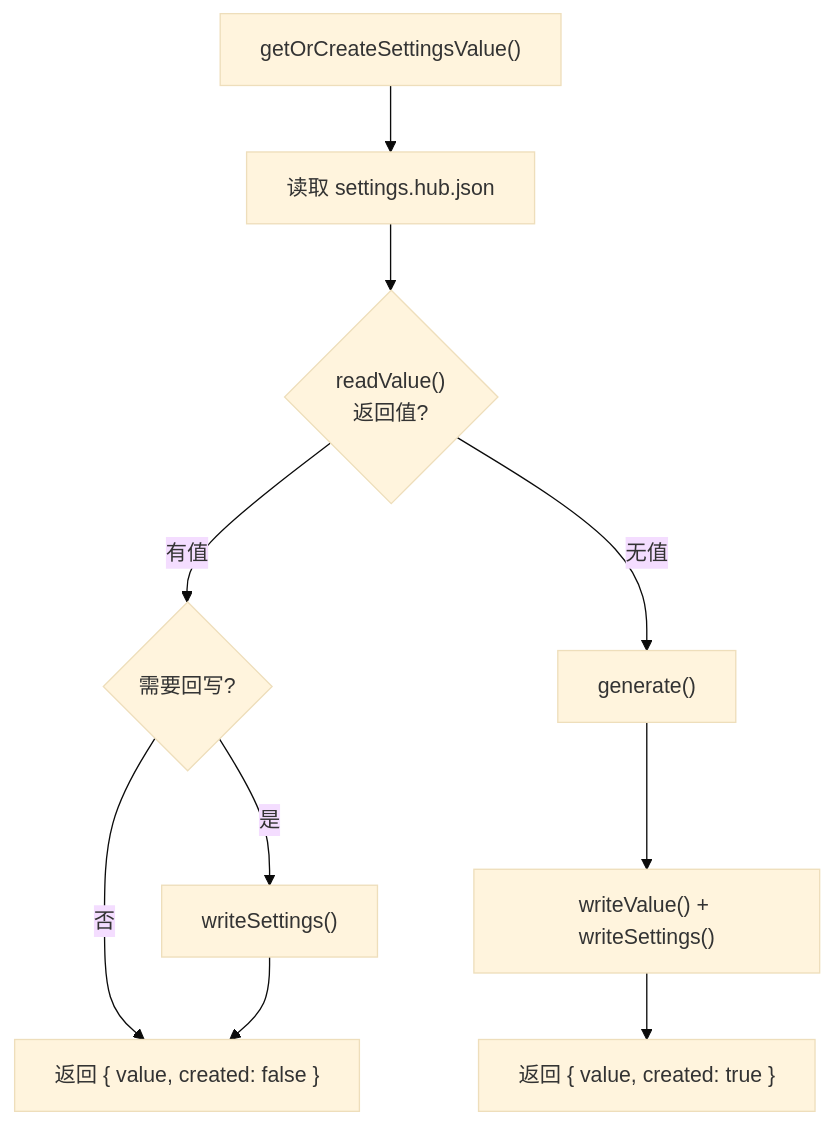
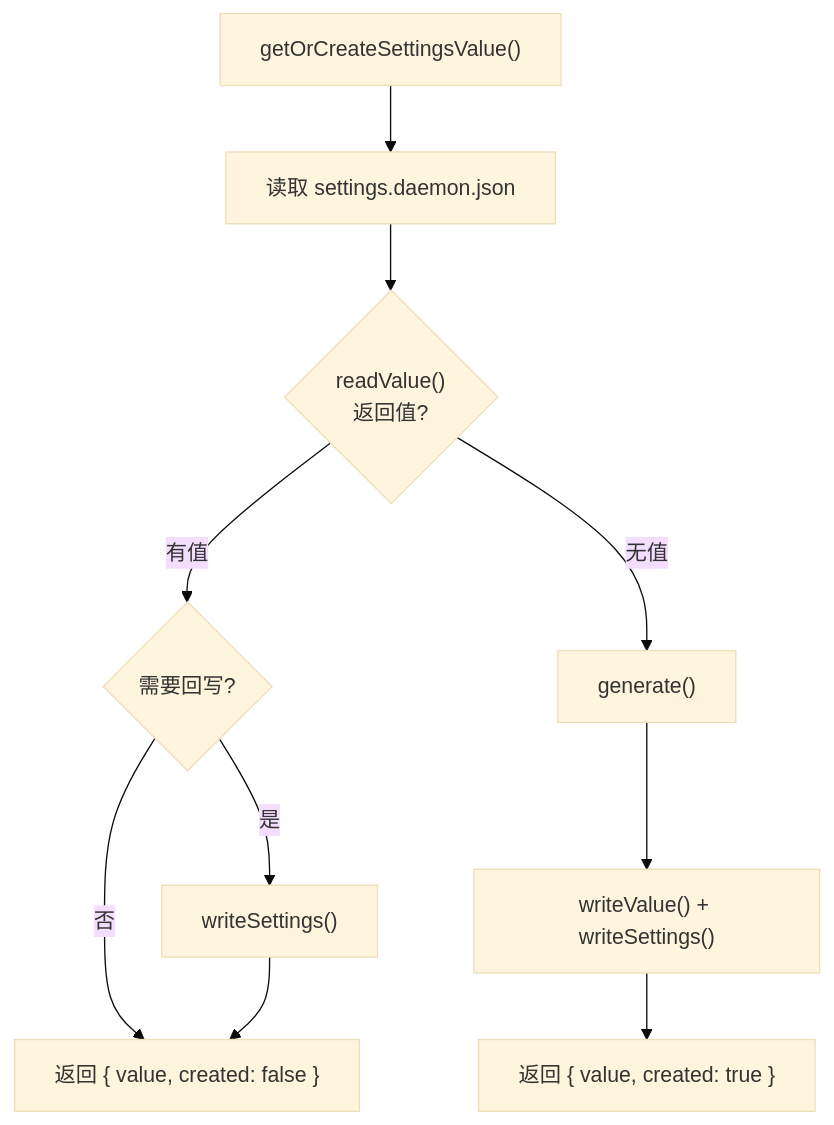
The sixth of 6 diagrams in docs/architecture/daemon/config/README.md (ModuBit/mobi), drawn with Mermaid (base theme) before and after one commit. The commit also changed other lines of this file and 86 other files, not shown here.

````diff
--- a/docs/architecture/daemon/config/README.md
+++ b/docs/architecture/daemon/config/README.md
@@ -225,12 +225,12 @@
 ```mermaid
 flowchart TB
-    Start["getOrCreateSettingsValue()"] --> Read["读取 settings.hub.json"]
+    Start["getOrCreateSettingsValue()"] --> Read["读取 settings.daemon.json"]
     Read --> Exists{"readValue()<br/>返回值?"}
     Exists -->|有值| WB{"需要回写?"}
     WB -->|是| WriteBack["writeSettings()"]
     WB -->|否| Return1["返回 { value, created: false }"]
     WriteBack --> Return1
     Exists -->|无值| Generate["generate()"]
     Generate --> Save["writeValue() + writeSettings()"]
     Save --> Return2["返回 { value, created: true }"]
 ```
````
